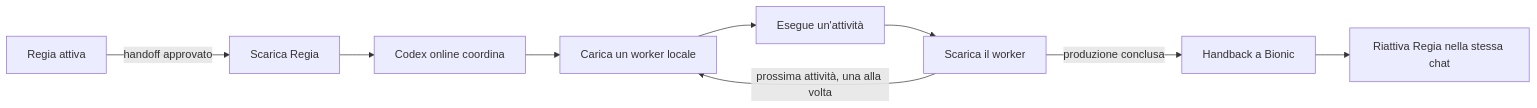
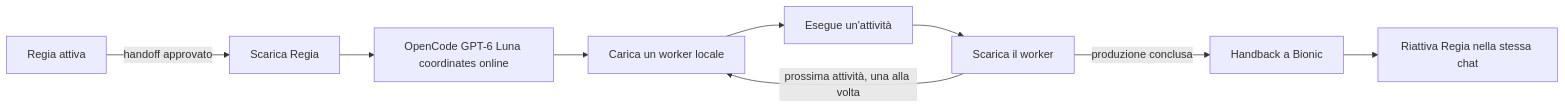
Before and after one commit to DRincs-Productions/LM-Studio: diagram 11 of 12 in README.md, drawn with Mermaid. The commit also changed other lines of this file and 31 other files, not shown here.

Commit message:
Integrate OpenCode across Shadow workflows

````diff
--- a/README.md
+++ b/README.md
@@ -528,11 +526,11 @@
 ```mermaid
 flowchart LR
     R1[Regia attiva] -->|handoff approvato| U1[Scarica Regia]
-    U1 --> C1[Codex online coordina]
+    U1 --> C1[OpenCode GPT-6 Luna coordinates online]
     C1 --> W1[Carica un worker locale]
     W1 --> X1[Esegue un'attività]
     X1 --> D1[Scarica il worker]
     D1 -->|prossima attività, una alla volta| W1
     D1 -->|produzione conclusa| H1[Handback a Bionic]
     H1 --> R2[Riattiva Regia nella stessa chat]
 ```
````
